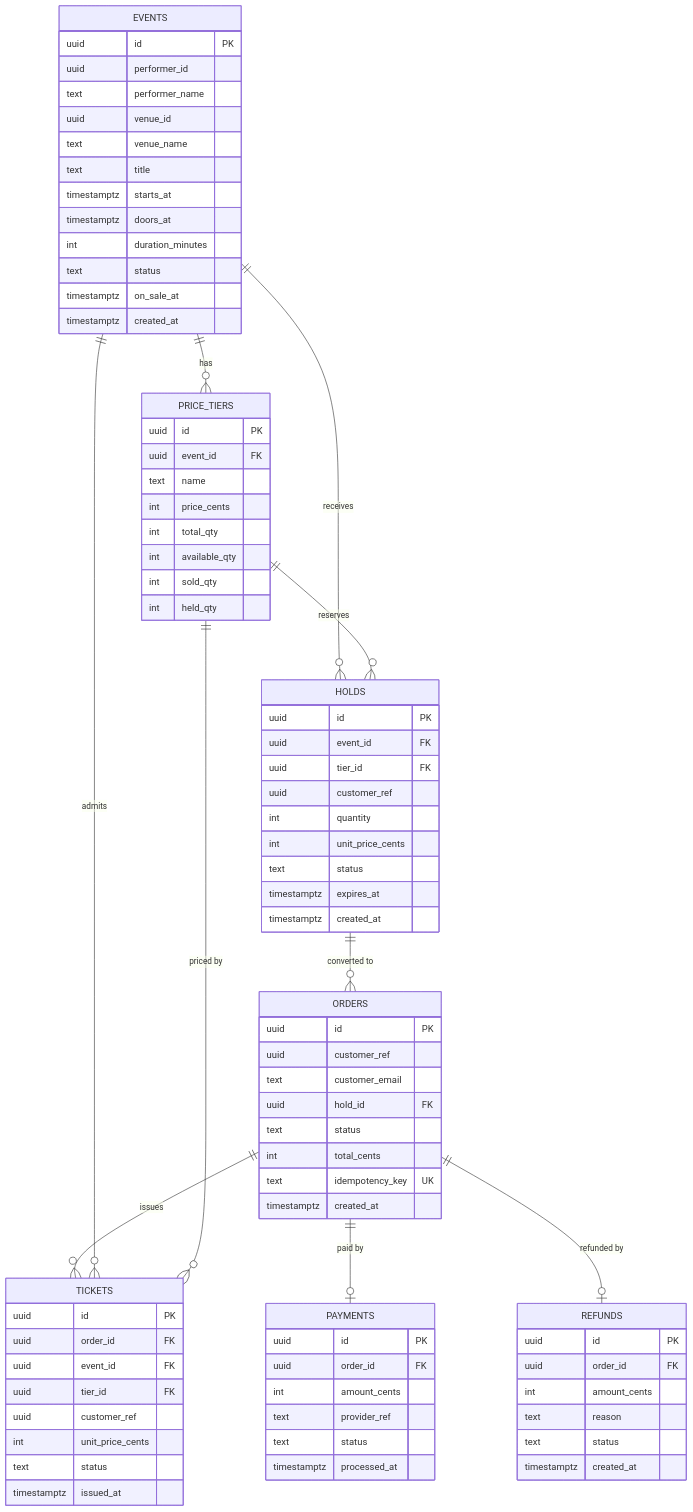
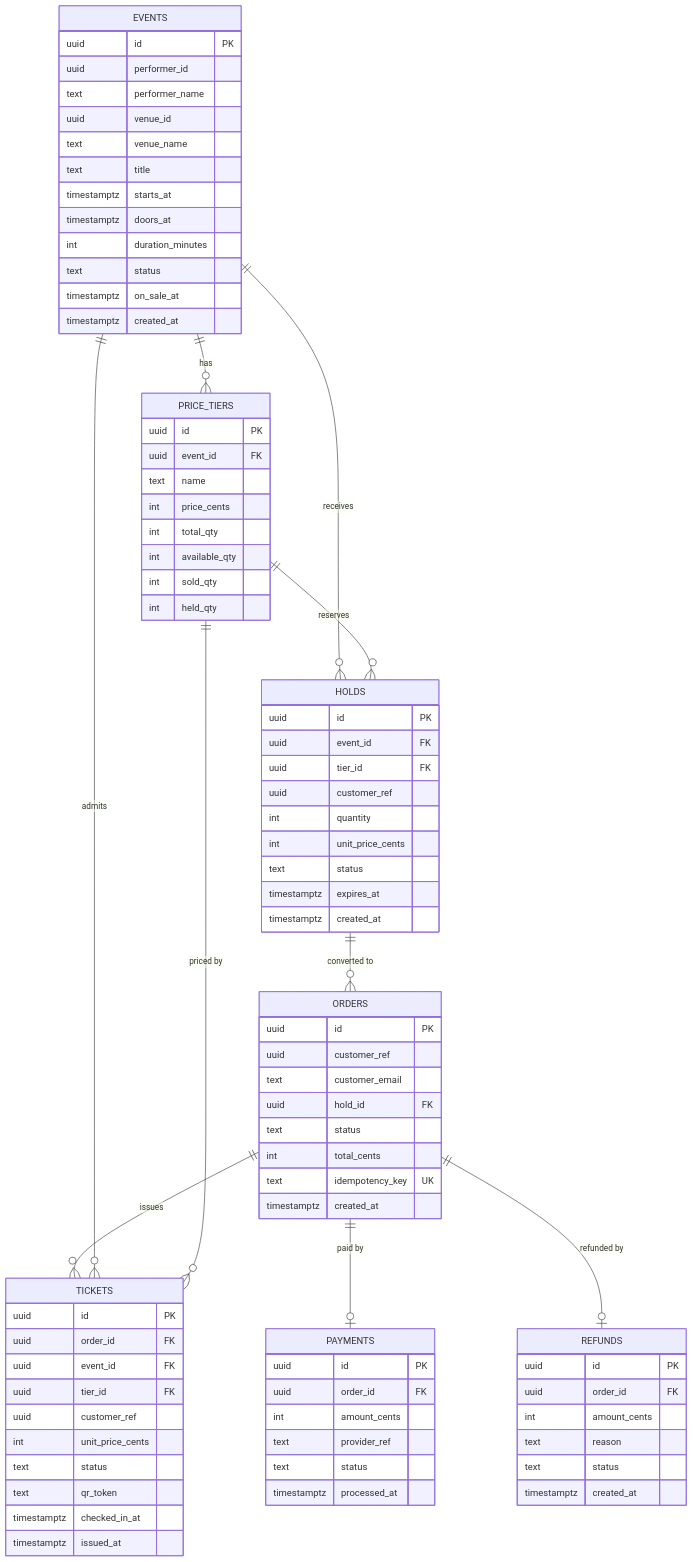
Before and after one commit to valeria-chelushkina/information-systems-project: the first of 3 diagrams in docs/database.md, drawn with Mermaid. The commit also changed other lines of this file and 5 other files, not shown here.

```diff
--- a/docs/database.md
+++ b/docs/database.md
@@ -82,6 +82,8 @@
         uuid customer_ref
         int unit_price_cents
         text status
+        text qr_token
+        timestamptz checked_in_at
         timestamptz issued_at
     }
 
```
